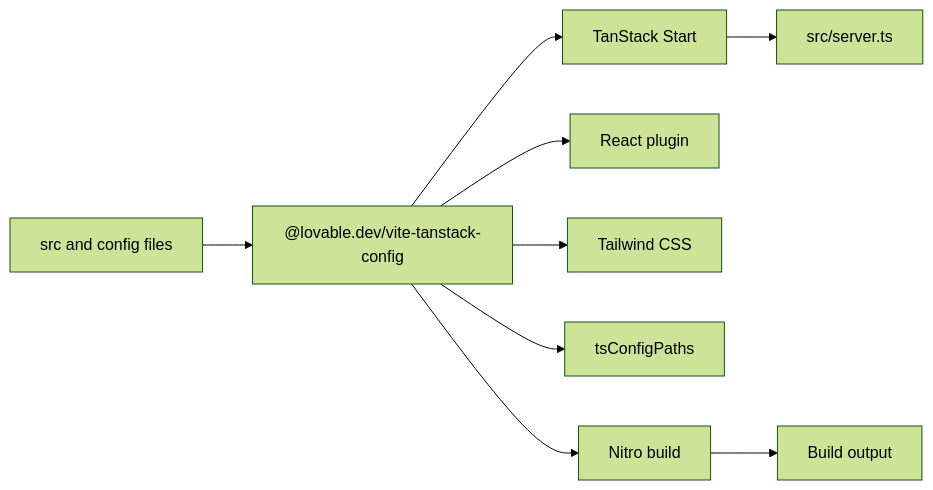
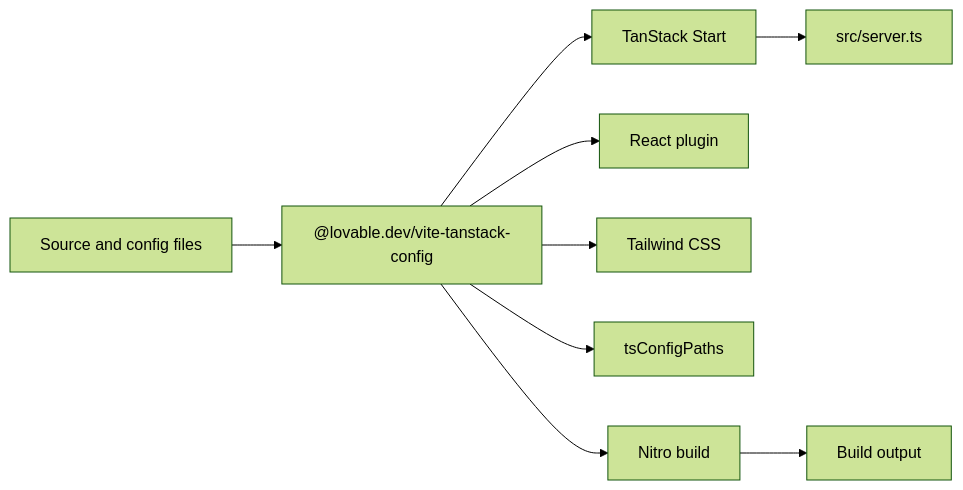
The second of 2 diagrams in dromeas/docs/api2-documentation/plan_2026-11-12_209684/internal-docs/troubleshooting-and-debugging.md (Mohita111/API2), drawn with Mermaid (forest theme) before and after one commit. The commit also changed other lines of this file and 15 other files, not shown here.

````diff
--- a/dromeas/docs/api2-documentation/plan_2026-11-12_209684/internal-docs/troubleshooting-and-debugging.md
+++ b/dromeas/docs/api2-documentation/plan_2026-11-12_209684/internal-docs/troubleshooting-and-debugging.md
@@ -49,11 +51,11 @@
 ```mermaid
-flowchart LR
-    Source[src and config files] --> Wrapper["@lovable.dev/vite-tanstack-config"]
+graph LR
+    Source[Source and config files] --> Wrapper["@lovable.dev/vite-tanstack-config"]
     Wrapper --> Start[TanStack Start]
     Wrapper --> ReactPlugin[React plugin]
     Wrapper --> Tailwind[Tailwind CSS]
     Wrapper --> Paths[tsConfigPaths]
     Wrapper --> Nitro[Nitro build]
     Start --> ServerEntry["src/server.ts"]
     Nitro --> Output[Build output]
 ```
````
